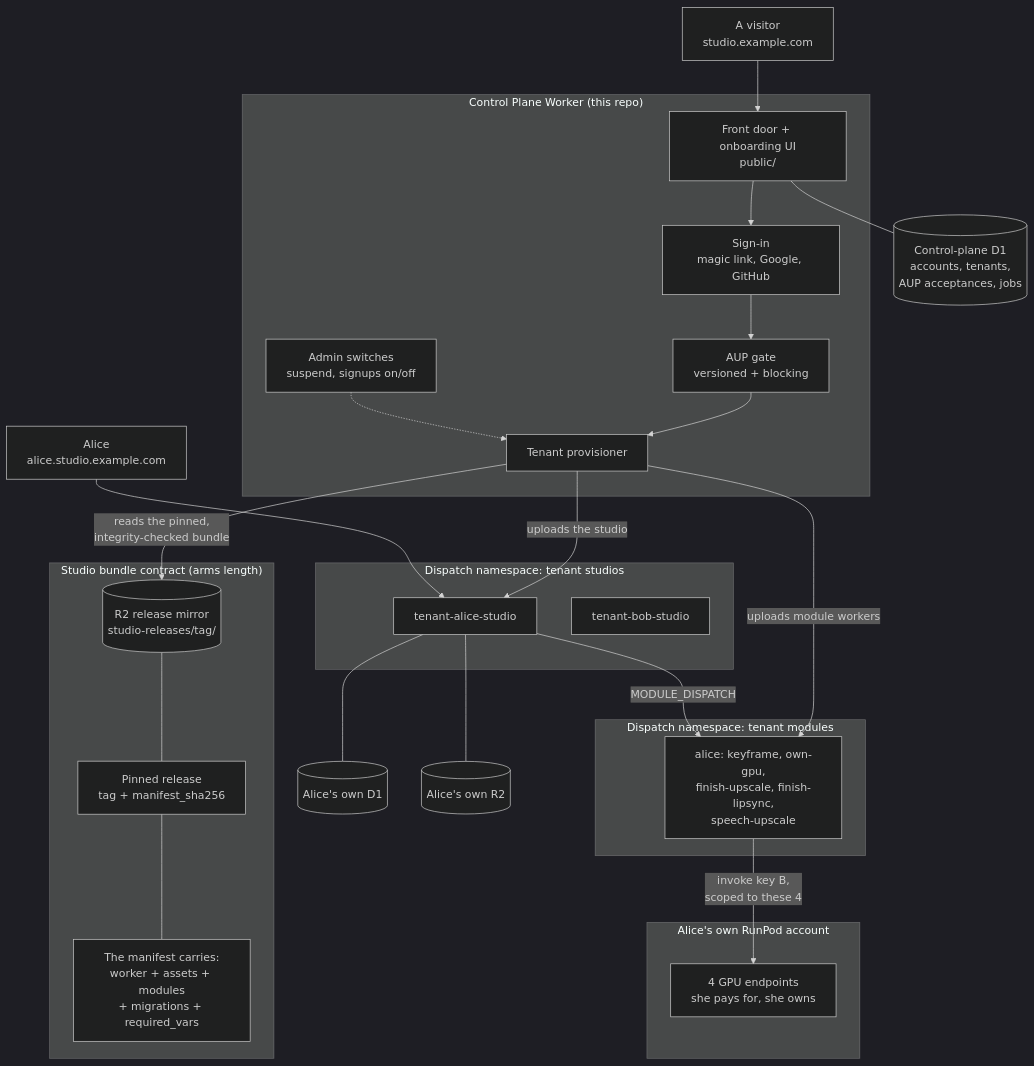
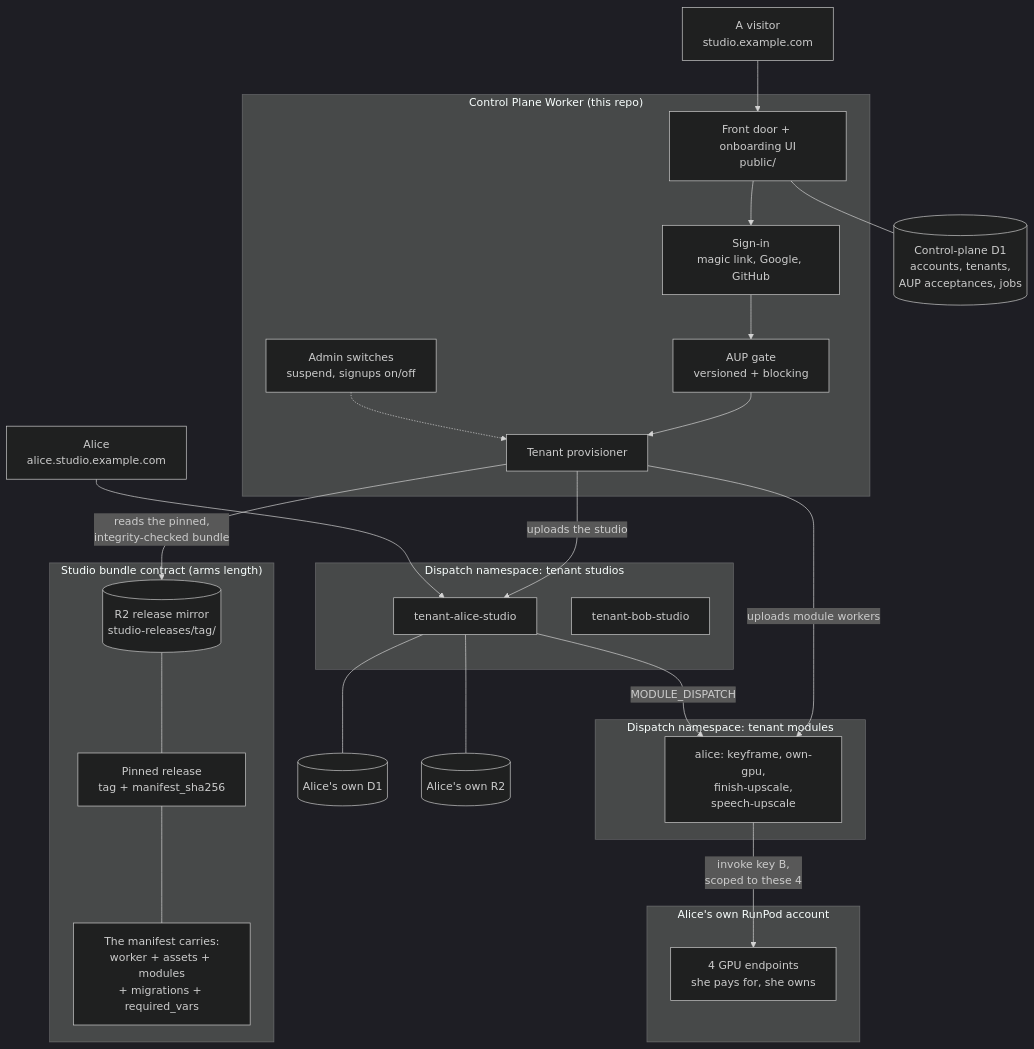
The diagram in README.md (skyphusion-labs/vivijure-control-plane), drawn with Mermaid (dark theme) before and after one commit. The commit also changed other lines of this file and 11 other files, not shown here.

````diff
--- a/README.md
+++ b/README.md
@@ -50,54 +50,54 @@
 ```mermaid
 flowchart TD
     V["A visitor<br/>studio.example.com"]
 
     subgraph CPBOX["Control Plane Worker (this repo)"]
         CP["Front door + onboarding UI<br/>public/"]
         AUTH["Sign-in<br/>magic link, Google, GitHub"]
         GATE["AUP gate<br/>versioned + blocking"]
         PROV["Tenant provisioner"]
         ADMIN["Admin switches<br/>suspend, signups on/off"]
     end
 
     CPDB[("Control-plane D1<br/>accounts, tenants,<br/>AUP acceptances, jobs")]
 
     subgraph BUNDLE["Studio bundle contract (arms length)"]
         R2M[("R2 release mirror<br/>studio-releases/tag/")]
         PIN["Pinned release<br/>tag + manifest_sha256"]
         MAN["The manifest carries:<br/>worker + assets + modules<br/>+ migrations + required_vars"]
     end
 
     subgraph NS1["Dispatch namespace: tenant studios"]
         T1["tenant-alice-studio"]
         T2["tenant-bob-studio"]
     end
 
     subgraph NS2["Dispatch namespace: tenant modules"]
-        M1["alice: keyframe, own-gpu,<br/>finish-upscale, finish-lipsync,<br/>speech-upscale"]
+        M1["alice: keyframe, own-gpu,<br/>finish-upscale,<br/>speech-upscale"]
     end
 
     subgraph RP["Alice's own RunPod account"]
         E1["4 GPU endpoints<br/>she pays for, she owns"]
     end
 
     D1T[("Alice's own D1")]
     R2T[("Alice's own R2")]
     U["Alice<br/>alice.studio.example.com"]
 
     V --> CP
     CP --> AUTH
     AUTH --> GATE
     GATE --> PROV
     ADMIN -.-> PROV
     CP --- CPDB
     R2M --- PIN
     PIN --- MAN
     PROV -->|"reads the pinned,<br/>integrity-checked bundle"| R2M
     PROV -->|"uploads the studio"| T1
     PROV -->|"uploads module workers"| M1
     T1 -->|"MODULE_DISPATCH"| M1
     T1 --- D1T
     T1 --- R2T
     M1 -->|"invoke key B,<br/>scoped to these 4"| E1
     U --> T1
 ```
````
